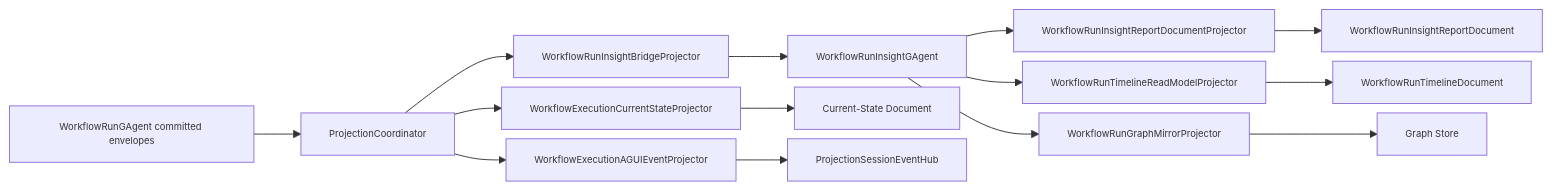
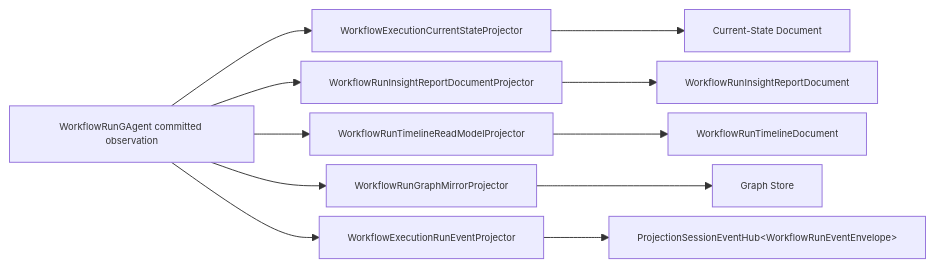
The diagram in src/workflow/Aevatar.Workflow.Projection/README.md (aevatarAI/aevatar), drawn with Mermaid before and after one commit. The commit also changed other lines of this file and 201 other files, not shown here.

First line of the commit message:
Refactor Workflow Projection Context and Generic Constraints

````diff
--- a/src/workflow/Aevatar.Workflow.Projection/README.md
+++ b/src/workflow/Aevatar.Workflow.Projection/README.md
@@ -30,32 +11,21 @@
 ```mermaid
 %%{init: {"maxTextSize": 100000, "flowchart": {"useMaxWidth": false, "nodeSpacing": 10, "rankSpacing": 50}, "themeVariables": {"fontSize": "10px"}}}%%
 flowchart LR
-  RUN["WorkflowRunGAgent committed envelopes"]
-  COOR["ProjectionCoordinator"]
+  RUN["WorkflowRunGAgent committed observation"]
   CUR["WorkflowExecutionCurrentStateProjector"]
-  BRIDGE["WorkflowRunInsightBridgeProjector"]
-  INSIGHT["WorkflowRunInsightGAgent"]
-  REPORTP["WorkflowRunInsightReportDocumentProjector"]
-  TIMELINEP["WorkflowRunTimelineReadModelProjector"]
-  GRAPHP["WorkflowRunGraphMirrorProjector"]
-  AG["WorkflowExecutionAGUIEventProjector"]
+  REP["WorkflowRunInsightReportDocumentProjector"]
+  TL["WorkflowRunTimelineReadModelProjector"]
+  GRA["WorkflowRunGraphMirrorProjector"]
+  AGUI["WorkflowExecutionRunEventProjector"]
   CURDOC["Current-State Document"]
-  REPORT["WorkflowRunInsightReportDocument"]
-  TIMELINE["WorkflowRunTimelineDocument"]
+  REPDOC["WorkflowRunInsightReportDocument"]
+  TLDOC["WorkflowRunTimelineDocument"]
   GRAPH["Graph Store"]
-  HUB["ProjectionSessionEventHub<WorkflowRunEvent>"]
+  HUB["ProjectionSessionEventHub&lt;WorkflowRunEventEnvelope&gt;"]
 
-  RUN --> COOR
-  COOR --> CUR
-  COOR --> BRIDGE
-  COOR --> AG
-  CUR --> CURDOC
-  BRIDGE --> INSIGHT
-  INSIGHT --> REPORTP
-  INSIGHT --> TIMELINEP
-  INSIGHT --> GRAPHP
-  REPORTP --> REPORT
-  TIMELINEP --> TIMELINE
-  GRAPHP --> GRAPH
-  AG --> HUB
+  RUN --> CUR --> CURDOC
+  RUN --> REP --> REPDOC
+  RUN --> TL --> TLDOC
+  RUN --> GRA --> GRAPH
+  RUN --> AGUI --> HUB
 ```
````
